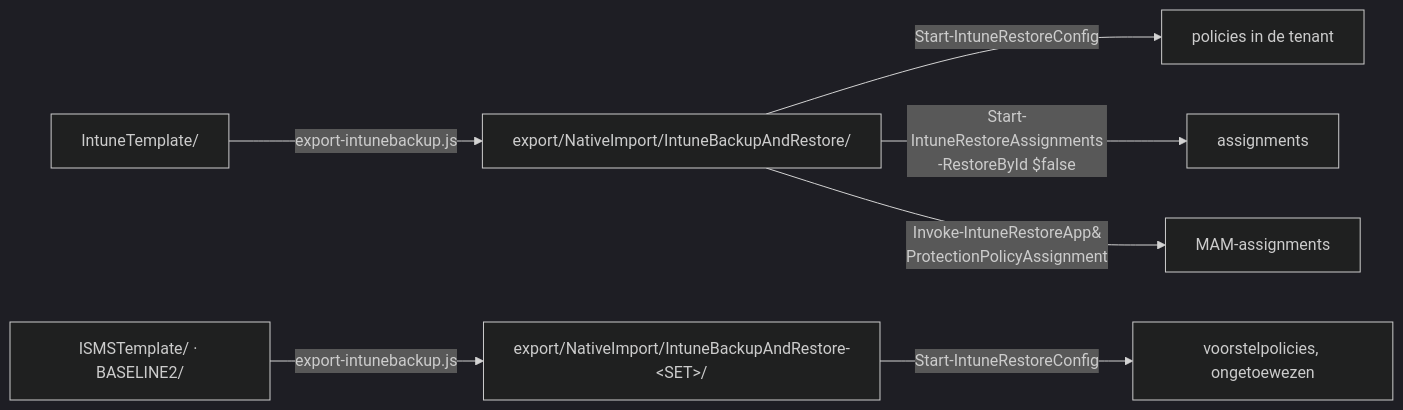
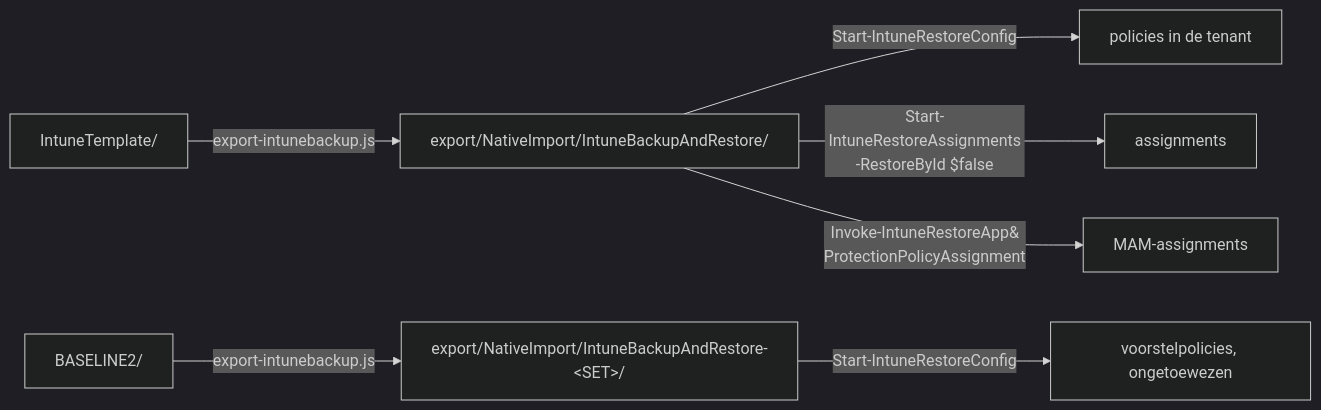
One commit to sjkanon/IntuneBackup changed the diagram in export/README.md. Above: the diagram before and after it, drawn with Mermaid (dark theme). The commit also changed other lines of this file and 71 other files, not shown here.

First line of the commit message:
BASELINE2 compleet: 25 policies, ISMS-set erin opgegaan

````diff
--- a/export/README.md
+++ b/export/README.md
@@ -46,9 +46,9 @@
 ```mermaid
 flowchart LR
   T["IntuneTemplate/"] -->|export-intunebackup.js| E["export/NativeImport/IntuneBackupAndRestore/"]
-  I["ISMSTemplate/ · BASELINE2/"] -->|export-intunebackup.js| EI["export/NativeImport/IntuneBackupAndRestore-&lt;SET&gt;/"]
+  I["BASELINE2/"] -->|export-intunebackup.js| EI["export/NativeImport/IntuneBackupAndRestore-&lt;SET&gt;/"]
   EI -->|Start-IntuneRestoreConfig| PI["voorstelpolicies, ongetoewezen"]
   E -->|Start-IntuneRestoreConfig| P["policies in de tenant"]
   E -->|Start-IntuneRestoreAssignments<br/>-RestoreById $false| A["assignments"]
   E -->|Invoke-IntuneRestoreApp&#8203;ProtectionPolicyAssignment| M["MAM-assignments"]
 ```
````
